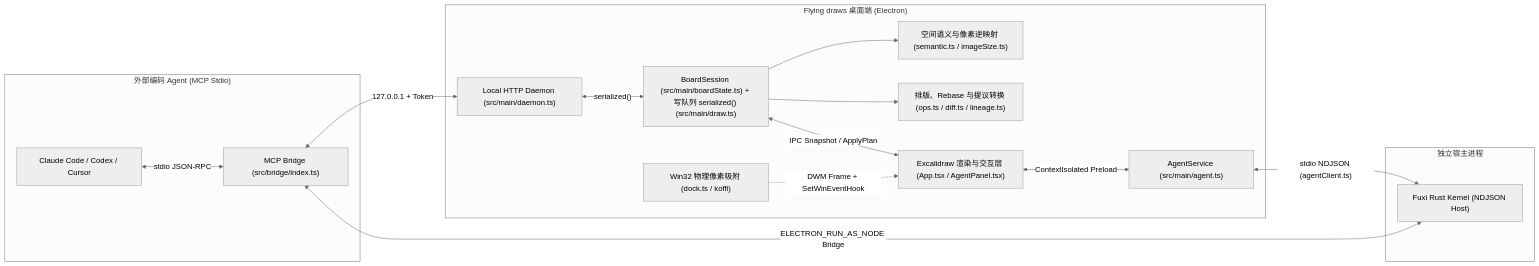
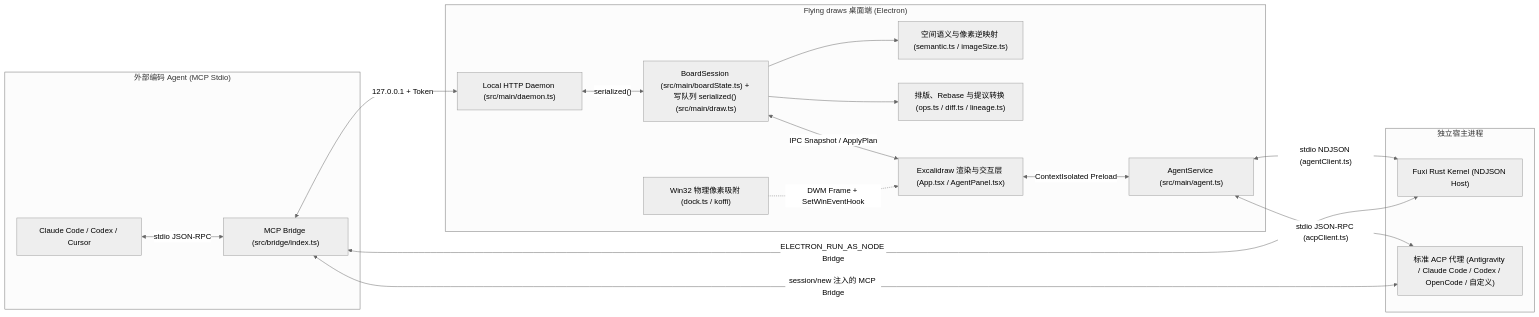
Before and after one commit to jian-in/Flying-draws: the first of 4 diagrams in docs/architecture.md, drawn with Mermaid (neutral theme). The commit also changed other lines of this file, not shown here.

First line of the commit message:
docs(architecture): 补写标准 ACP 代理接入一节

````diff
--- a/docs/architecture.md
+++ b/docs/architecture.md
@@ -11,33 +11,36 @@
 ```mermaid
 flowchart LR
   subgraph Ext["外部编码 Agent (MCP Stdio)"]
     CC["Claude Code / Codex / Cursor"]
     BR["MCP Bridge (src/bridge/index.ts)"]
     CC <-->|"stdio JSON-RPC"| BR
   end
 
   subgraph App["Flying draws 桌面端 (Electron)"]
     DM["Local HTTP Daemon (src/main/daemon.ts)"]
     CORE["BoardSession (src/main/boardState.ts) + 写队列 serialized() (src/main/draw.ts)"]
     SEM["空间语义与像素逆映射 (semantic.ts / imageSize.ts)"]
     OPS["排版、Rebase 与提议转换 (ops.ts / diff.ts / lineage.ts)"]
     DOCK["Win32 物理像素吸附 (dock.ts / koffi)"]
     AG["AgentService (src/main/agent.ts)"]
     UI["Excalidraw 渲染与交互层 (App.tsx / AgentPanel.tsx)"]
 
     DM <-->|"serialized()"| CORE
     CORE --> SEM
     CORE --> OPS
     CORE <-->|"IPC Snapshot / ApplyPlan"| UI
     DOCK -.->|"DWM Frame + SetWinEventHook"| UI
     UI <-->|"ContextIsolated Preload"| AG
   end
 
   subgraph Host["独立宿主进程"]
     FX["Fuxi Rust Kernel (NDJSON Host)"]
+    ACPX["标准 ACP 代理 (Antigravity / Claude Code / Codex / OpenCode / 自定义)"]
   end
 
   BR <-->|"127.0.0.1 + Token"| DM
   AG <-->|"stdio NDJSON (agentClient.ts)"| FX
+  AG <-->|"stdio JSON-RPC (acpClient.ts)"| ACPX
   FX <-->|"ELECTRON_RUN_AS_NODE Bridge"| BR
+  ACPX <-->|"session/new 注入的 MCP Bridge"| BR
 ```
````
